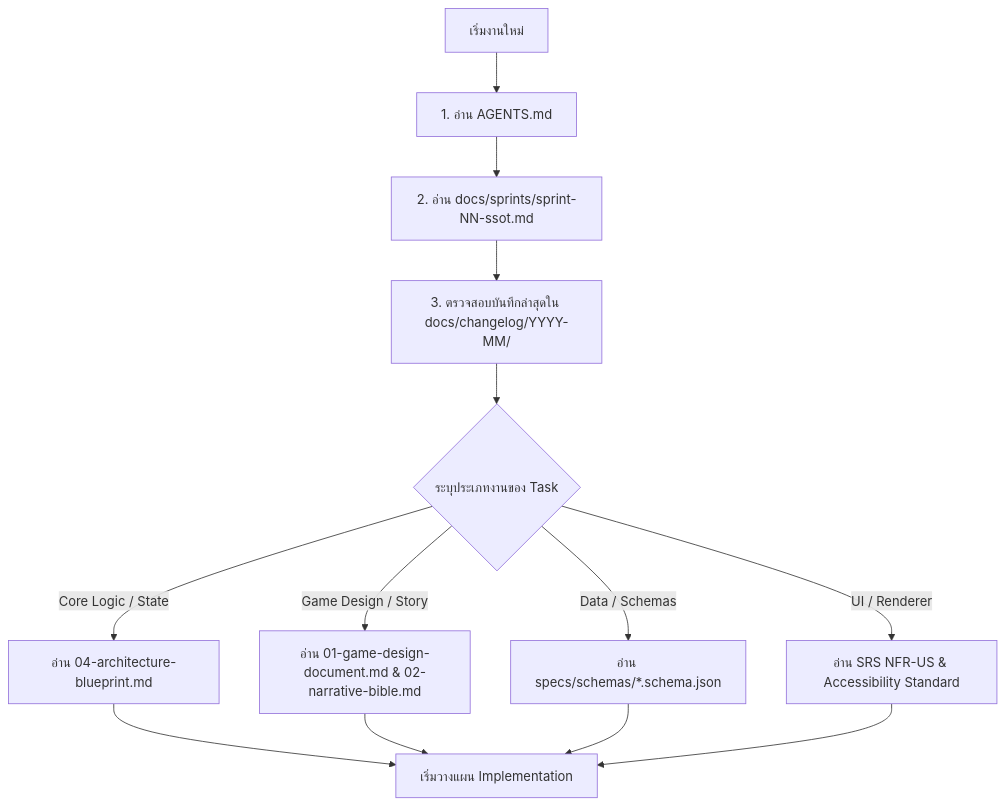
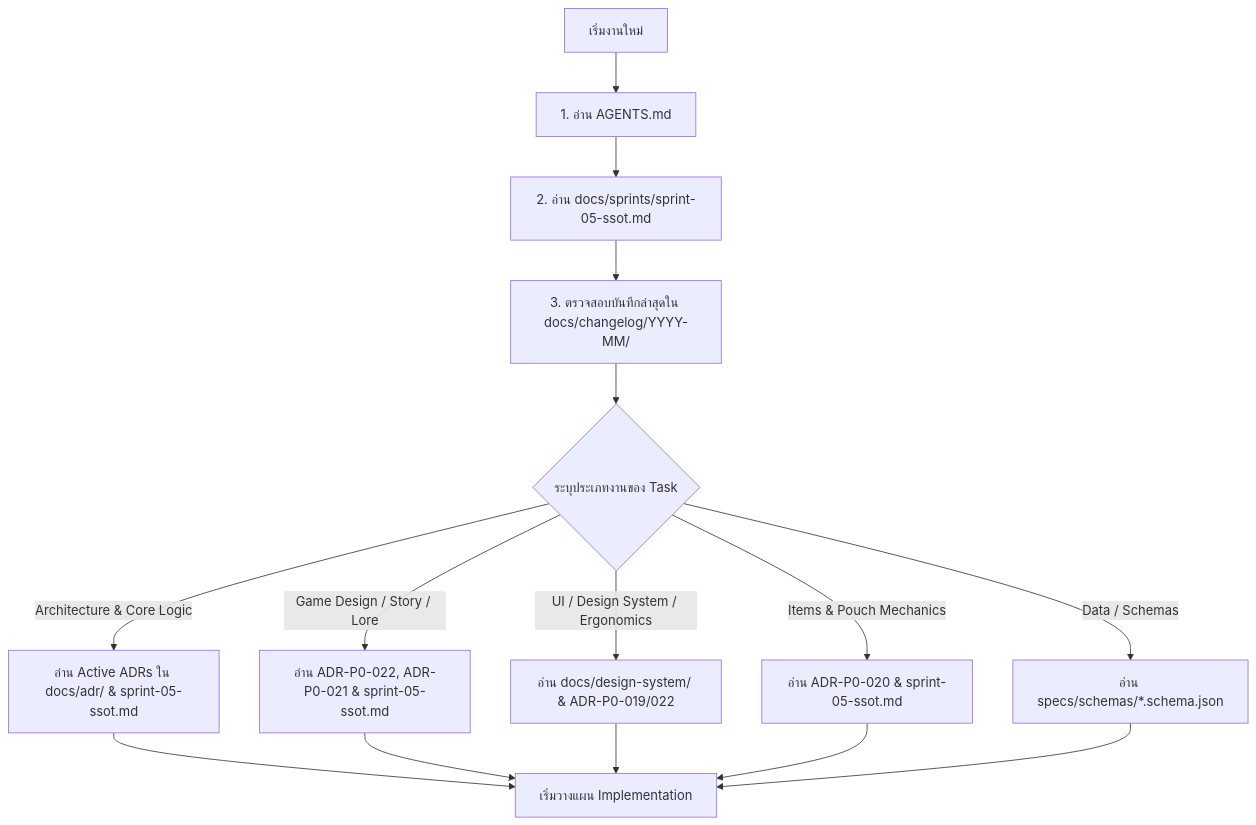
Before and after one commit to T3thr/JaoKob: the first of 2 diagrams in docs/README.md, drawn with Mermaid. The commit also changed other lines of this file and 14 other files, not shown here.

Commit message:
docs(governance): ratify ADR-P0-023, enforce SSOT hierarchy, and tag historical archives

````diff
--- a/docs/README.md
+++ b/docs/README.md
@@ -88,15 +111,17 @@
 ```mermaid
 flowchart TD
     A[เริ่มงานใหม่] --> B[1. อ่าน AGENTS.md]
-    B --> C[2. อ่าน docs/sprints/sprint-NN-ssot.md]
+    B --> C[2. อ่าน docs/sprints/sprint-05-ssot.md]
     C --> D[3. ตรวจสอบบันทึกล่าสุดใน docs/changelog/YYYY-MM/]
     D --> E{ระบุประเภทงานของ Task}
-    E -->|Core Logic / State| F[อ่าน 04-architecture-blueprint.md]
-    E -->|Game Design / Story| G[อ่าน 01-game-design-document.md & 02-narrative-bible.md]
-    E -->|Data / Schemas| H[อ่าน specs/schemas/*.schema.json]
-    E -->|UI / Renderer| I[อ่าน SRS NFR-US & Accessibility Standard]
-    F --> J[เริ่มวางแผน Implementation]
-    G --> J
-    H --> J
-    I --> J
+    E -->|Architecture & Core Logic| F[อ่าน Active ADRs ใน docs/adr/ & sprint-05-ssot.md]
+    E -->|Game Design / Story / Lore| G[อ่าน ADR-P0-022, ADR-P0-021 & sprint-05-ssot.md]
+    E -->|UI / Design System / Ergonomics| H[อ่าน docs/design-system/ & ADR-P0-019/022]
+    E -->|Items & Pouch Mechanics| I[อ่าน ADR-P0-020 & sprint-05-ssot.md]
+    E -->|Data / Schemas| J[อ่าน specs/schemas/*.schema.json]
+    F --> K[เริ่มวางแผน Implementation]
+    G --> K
+    H --> K
+    I --> K
+    J --> K
 ```
````
